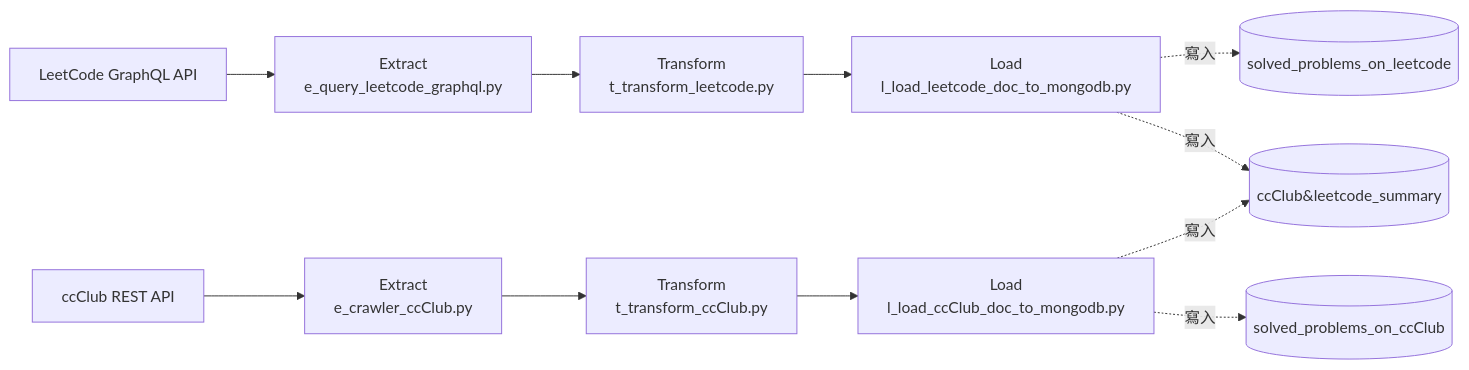
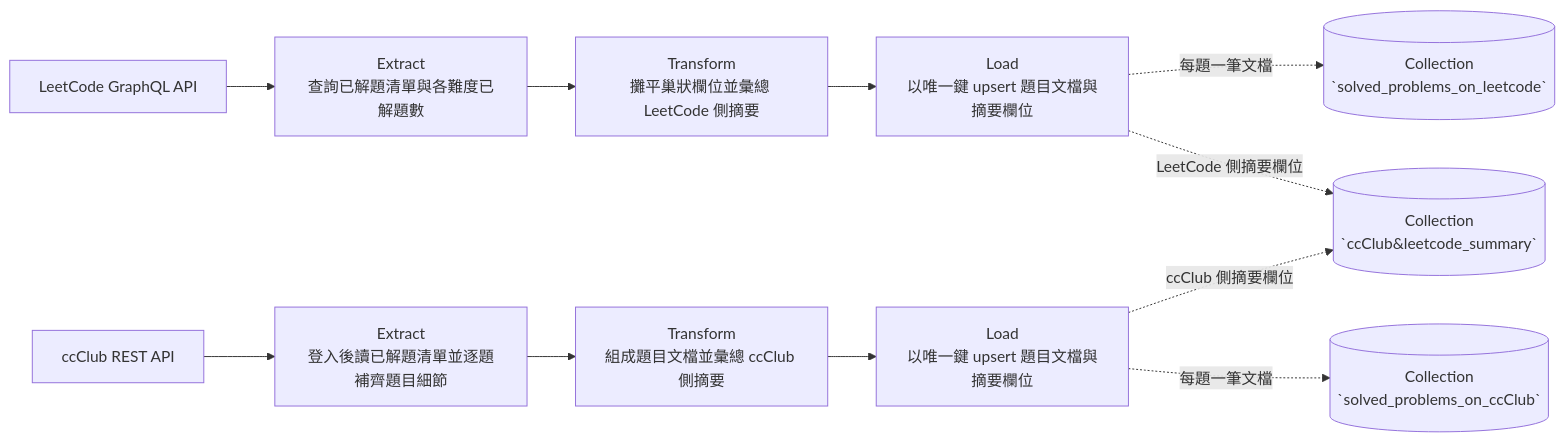
The diagram in task03_leetcode_ccClub_etl/README.md (Jessie-Lin-810630/personnel_skill_library), drawn with Mermaid before and after one commit. The commit also changed other lines of this file and 8 other files, not shown here.

Commit message:
docs:revise task-level READMEs to align data flow and schema with implementation

````diff
--- a/task03_leetcode_ccClub_etl/README.md
+++ b/task03_leetcode_ccClub_etl/README.md
@@ -31,15 +31,15 @@
 ```mermaid
 flowchart LR
-    L0[LeetCode GraphQL API] --> LE[Extract<br/>e_query_leetcode_graphql.py]
-    LE --> LT[Transform<br/>t_transform_leetcode.py]
-    LT --> LL[Load<br/>l_load_leetcode_doc_to_mongodb.py]
+    L0[LeetCode GraphQL API] --> LE[Extract<br/>查詢已解題清單與各難度已解題數]
+    LE --> LT[Transform<br/>攤平巢狀欄位並彙總 LeetCode 側摘要]
+    LT --> LL[Load<br/>以唯一鍵 upsert 題目文檔與摘要欄位]
 
-    C0[ccClub REST API] --> CE[Extract<br/>e_crawler_ccClub.py]
-    CE --> CT[Transform<br/>t_transform_ccClub.py]
-    CT --> CL[Load<br/>l_load_ccClub_doc_to_mongodb.py]
+    C0[ccClub REST API] --> CE[Extract<br/>登入後讀已解題清單並逐題補齊題目細節]
+    CE --> CT[Transform<br/>組成題目文檔並彙總 ccClub 側摘要]
+    CT --> CL[Load<br/>以唯一鍵 upsert 題目文檔與摘要欄位]
 
-    LL -. 寫入 .-> M1[(solved_problems_on_leetcode)]
-    CL -. 寫入 .-> M2[(solved_problems_on_ccClub)]
-    LL -. 寫入 .-> M3[(ccClub&leetcode_summary)]
-    CL -. 寫入 .-> M3
+    LL -. 每題一筆文檔 .-> M1[(Collection<br/>`solved_problems_on_leetcode`)]
+    CL -. 每題一筆文檔 .-> M2[(Collection<br/>`solved_problems_on_ccClub`)]
+    LL -. LeetCode 側摘要欄位 .-> M3[(Collection<br/>`ccClub&leetcode_summary`)]
+    CL -. ccClub 側摘要欄位 .-> M3
 ```
````
